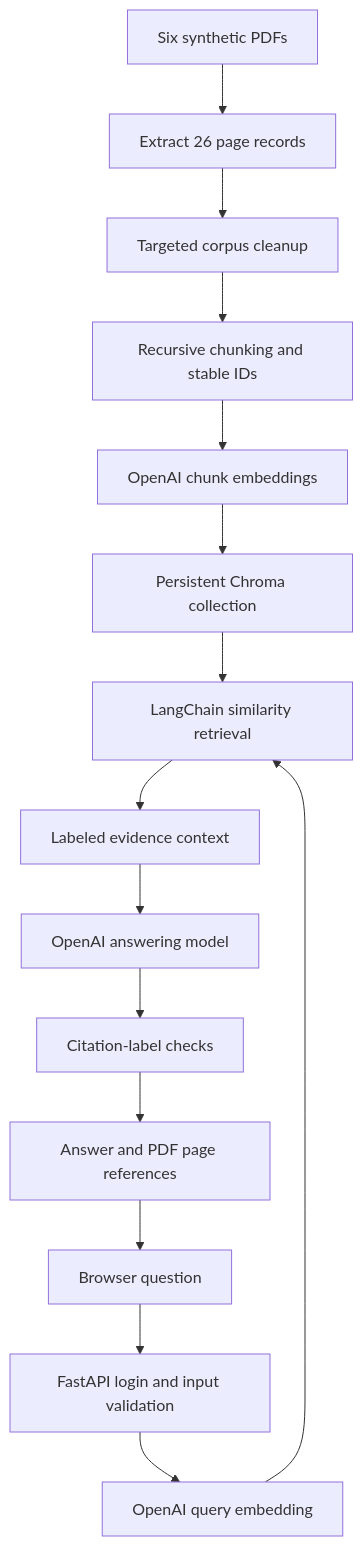
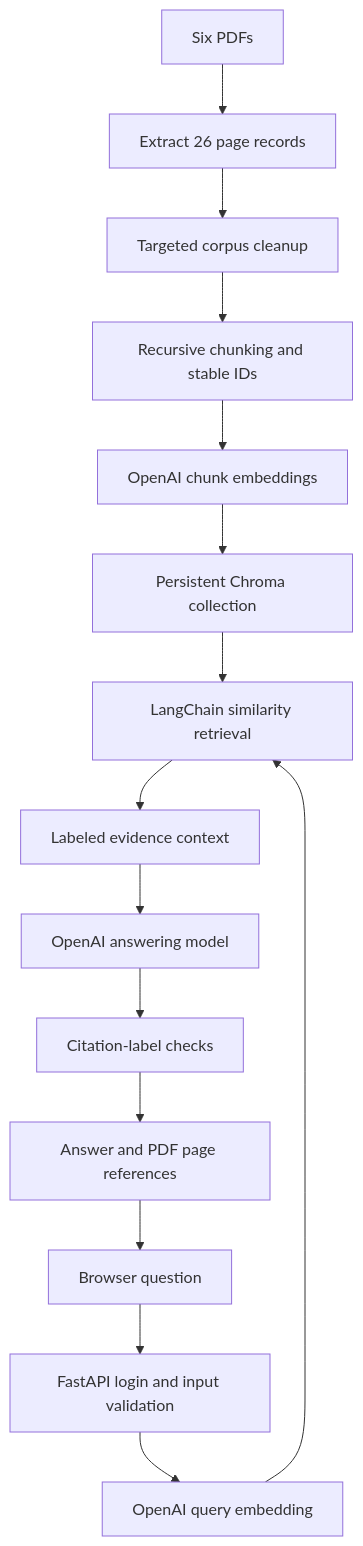
One commit to danishgaba8-eng/healthcare-fwa-rag changed the diagram in README.md. Above: the diagram before and after it, drawn with Mermaid. The commit also changed other lines of this file, not shown here.

````diff
--- a/README.md
+++ b/README.md
@@ -62,17 +61,17 @@
 ```mermaid
 flowchart TD
-    PDFs[Six synthetic PDFs] --> Extract[Extract 26 page records]
+    PDFs[Six PDFs] --> Extract[Extract 26 page records]
     Extract --> Clean[Targeted corpus cleanup]
     Clean --> Split[Recursive chunking and stable IDs]
     Split --> Embed[OpenAI chunk embeddings]
     Embed --> Chroma[Persistent Chroma collection]
     Browser[Browser question] --> Auth[FastAPI login and input validation]
     Auth --> Query[OpenAI query embedding]
     Query --> Retrieve[LangChain similarity retrieval]
     Chroma --> Retrieve
     Retrieve --> Context[Labeled evidence context]
     Context --> Model[OpenAI answering model]
     Model --> Check[Citation-label checks]
     Check --> Answer[Answer and PDF page references]
     Answer --> Browser
 ```
````
